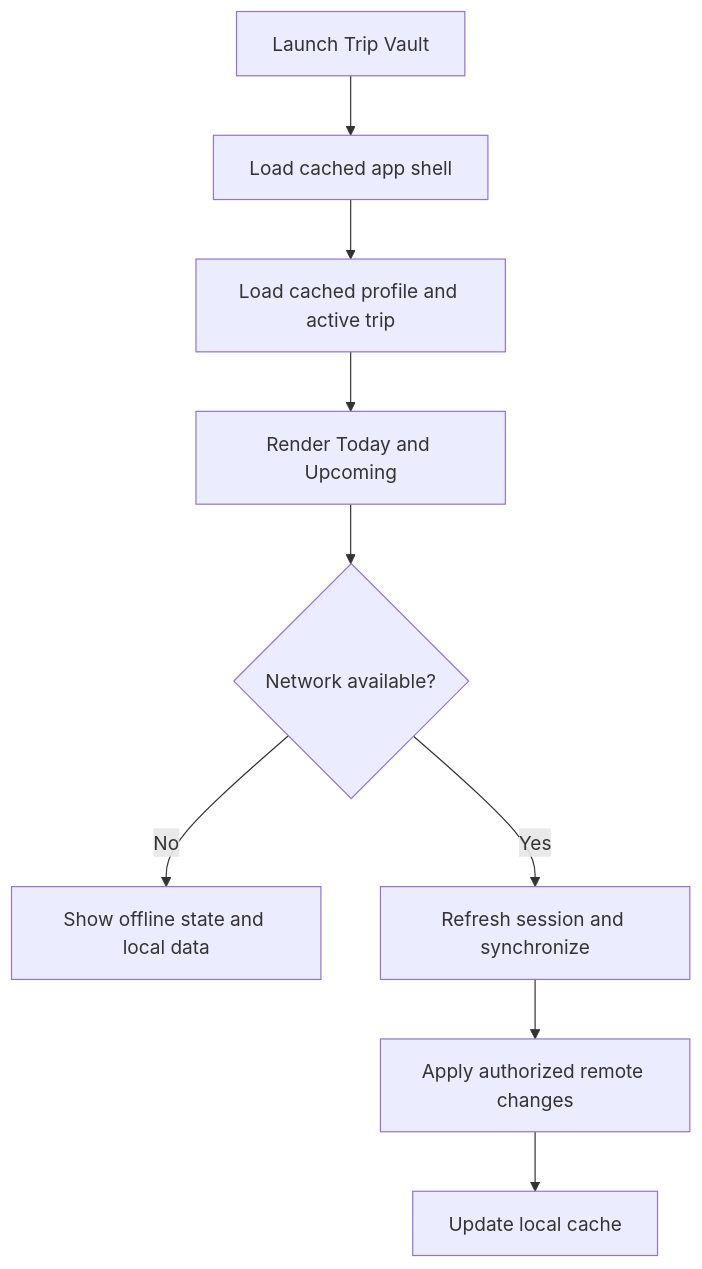
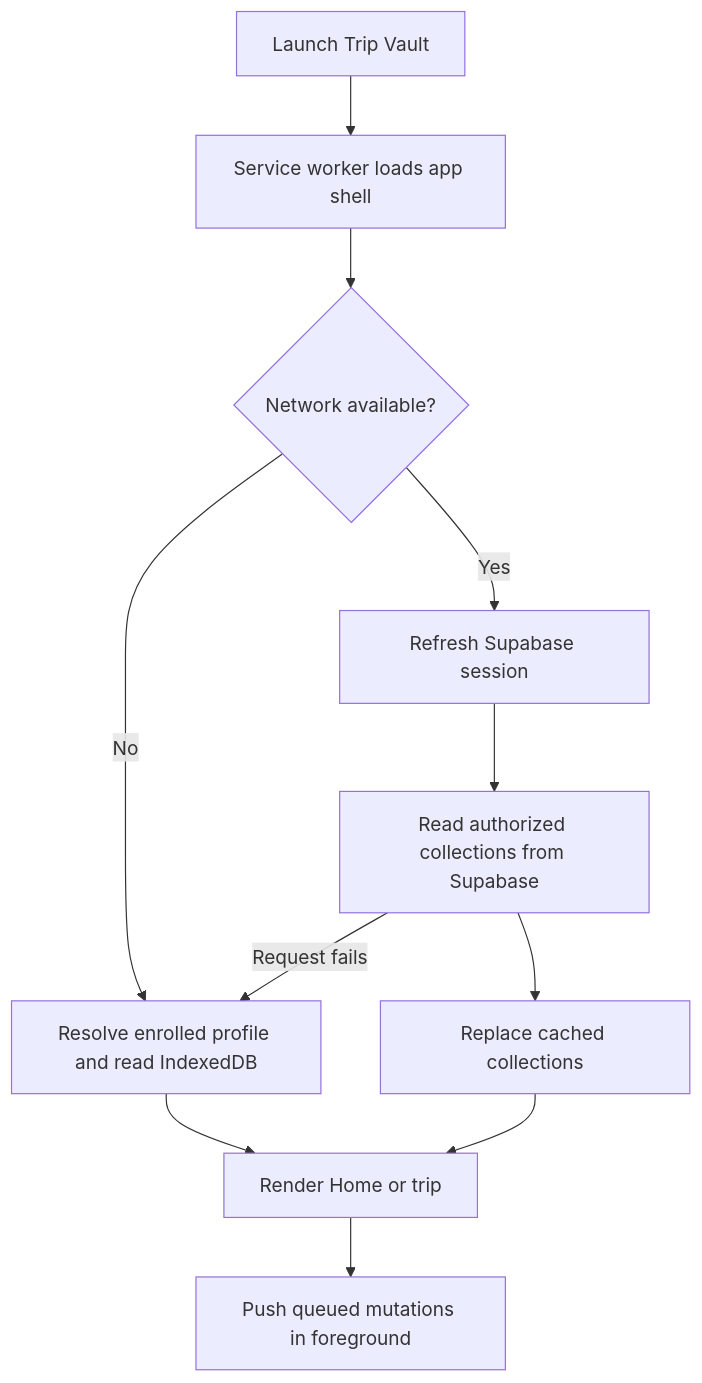
Before and after one commit to shantanu1258/trip-vault: the third of 4 diagrams in docs/HIGH_LEVEL_DESIGN.md, drawn with Mermaid. The commit also changed other lines of this file and 9 other files, not shown here.

````diff
--- a/docs/HIGH_LEVEL_DESIGN.md
+++ b/docs/HIGH_LEVEL_DESIGN.md
@@ -170,11 +201,13 @@
 ```mermaid
 flowchart TD
-    A[Launch Trip Vault] --> B[Load cached app shell]
-    B --> C[Load cached profile and active trip]
-    C --> D[Render Today and Upcoming]
-    D --> E{Network available?}
-    E -- No --> F[Show offline state and local data]
-    E -- Yes --> G[Refresh session and synchronize]
-    G --> H[Apply authorized remote changes]
-    H --> I[Update local cache]
+    A[Launch Trip Vault] --> B[Service worker loads app shell]
+    B --> C{Network available?}
+    C -- No --> D[Resolve enrolled profile and read IndexedDB]
+    C -- Yes --> E[Refresh Supabase session]
+    E --> F[Read authorized collections from Supabase]
+    F --> G[Replace cached collections]
+    F -- Request fails --> D
+    D --> H[Render Home or trip]
+    G --> H
+    H --> I[Push queued mutations in foreground]
 ```
````
